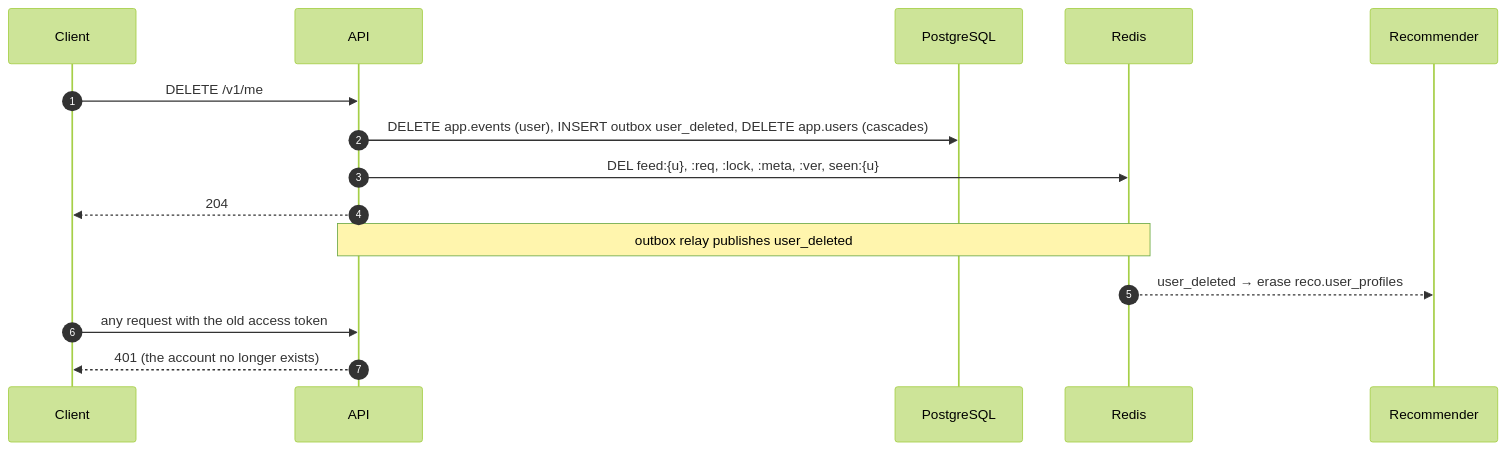
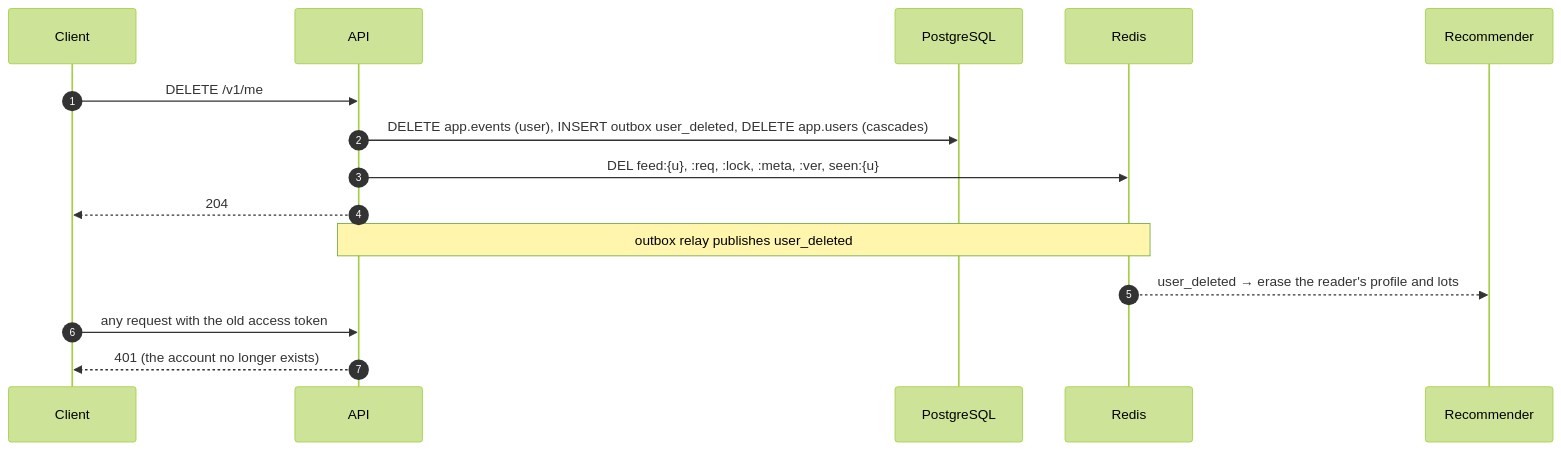
One commit to Swipread/api changed the fifth of 6 diagrams in docs/flows.md. Above: the diagram before and after it, drawn with Mermaid (forest theme). The commit also changed 4 other files, not shown here.

Commit message:
docs: describe migration V8 and the reco schema owned by the recommender

````diff
--- a/docs/flows.md
+++ b/docs/flows.md
@@ -97,18 +97,18 @@
 ```mermaid
 sequenceDiagram
     autonumber
     participant C as Client
     participant A as API
     participant DB as PostgreSQL
     participant R as Redis
     participant Reco as Recommender
 
     C->>A: DELETE /v1/me
     A->>DB: DELETE app.events (user), INSERT outbox user_deleted, DELETE app.users (cascades)
     A->>R: DEL feed:{u}, :req, :lock, :meta, :ver, seen:{u}
     A-->>C: 204
     Note over A,R: outbox relay publishes user_deleted
-    R-->>Reco: user_deleted → erase reco.user_profiles
+    R-->>Reco: user_deleted → erase the reader's profile and lots
     C->>A: any request with the old access token
     A-->>C: 401 (the account no longer exists)
 ```
````
